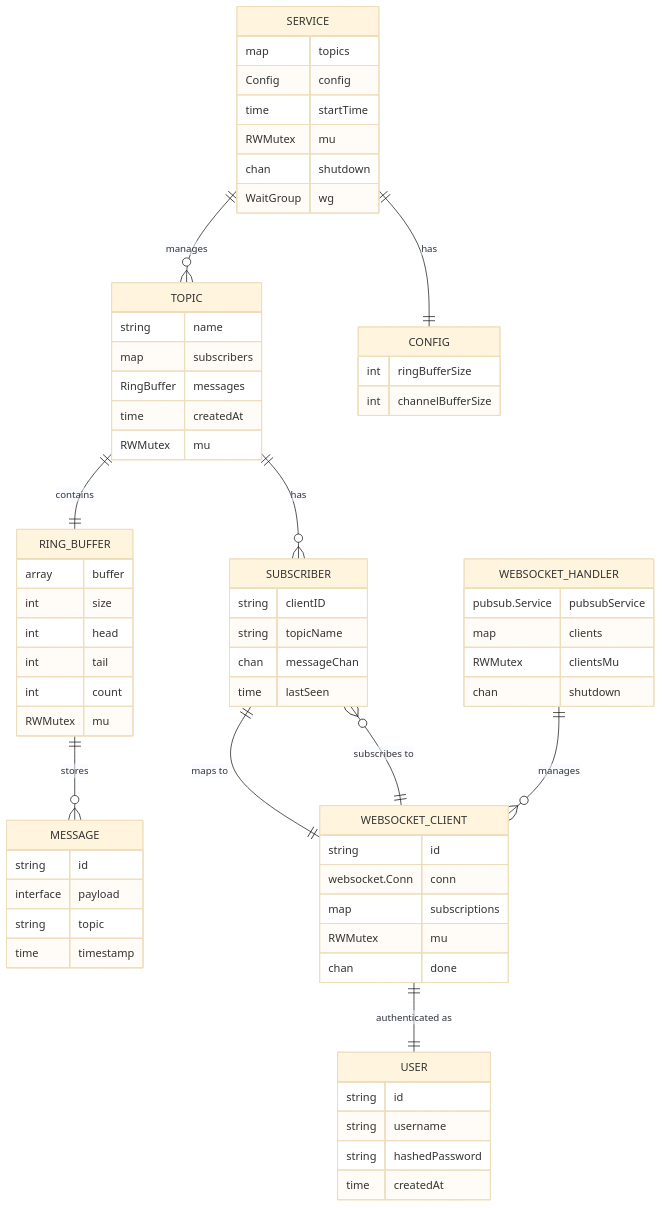
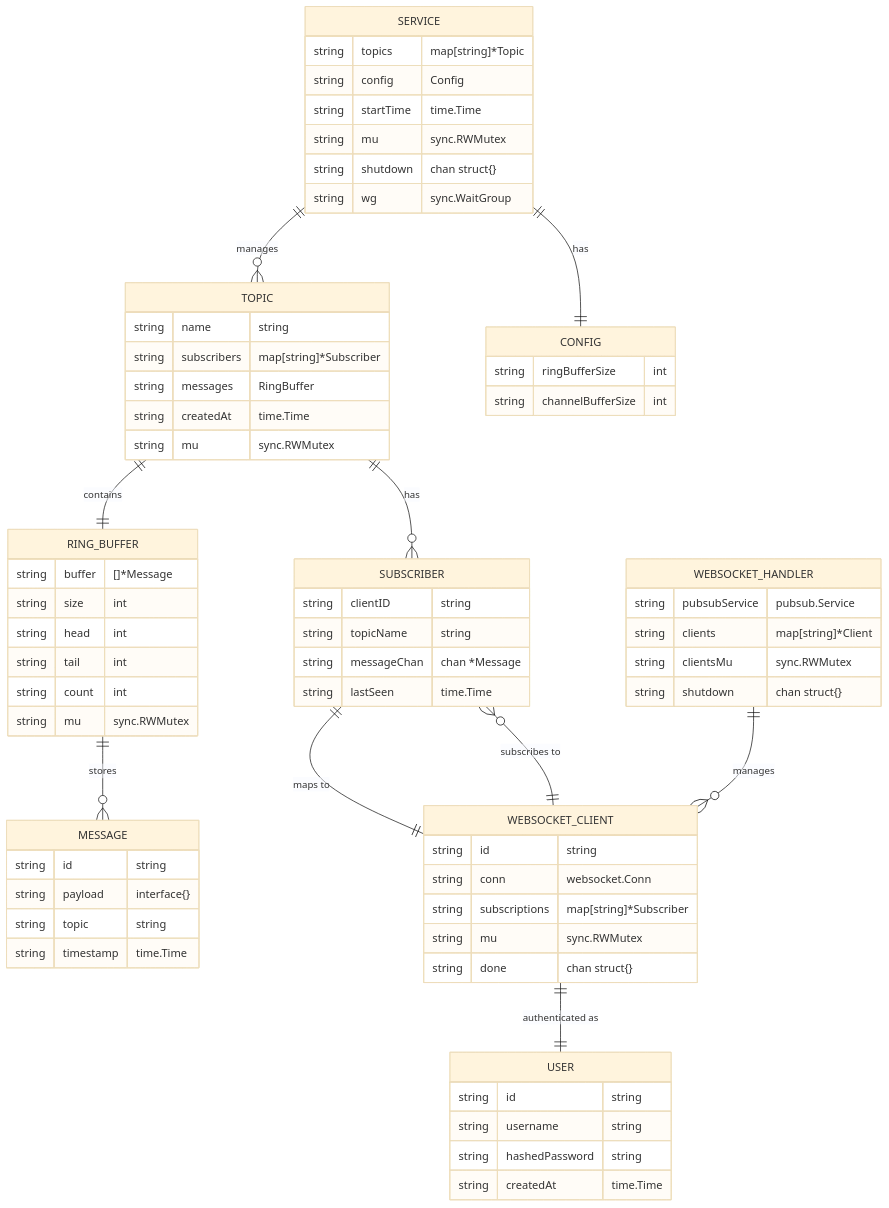
One commit to ammysap/plivo-assignment changed the first of 6 diagrams in PubSub-LLD-Diagram.md. Above: the diagram before and after it, drawn with Mermaid (base theme). The commit also changed other lines of this file, not shown here.

````diff
--- a/PubSub-LLD-Diagram.md
+++ b/PubSub-LLD-Diagram.md
@@ -5,80 +5,80 @@
 ```mermaid
 erDiagram
     SERVICE {
-        map topics
-        Config config
-        time startTime
-        RWMutex mu
-        chan shutdown
-        WaitGroup wg
+        string topics "map[string]*Topic"
+        string config "Config"
+        string startTime "time.Time"
+        string mu "sync.RWMutex"
+        string shutdown "chan struct{}"
+        string wg "sync.WaitGroup"
     }
     
     TOPIC {
-        string name
-        map subscribers
-        RingBuffer messages
-        time createdAt
-        RWMutex mu
+        string name "string"
+        string subscribers "map[string]*Subscriber"
+        string messages "RingBuffer"
+        string createdAt "time.Time"
+        string mu "sync.RWMutex"
     }
     
     RING_BUFFER {
-        array buffer
-        int size
-        int head
-        int tail
-        int count
-        RWMutex mu
+        string buffer "[]*Message"
+        string size "int"
+        string head "int"
+        string tail "int"
+        string count "int"
+        string mu "sync.RWMutex"
     }
     
     MESSAGE {
-        string id
-        interface payload
-        string topic
-        time timestamp
+        string id "string"
+        string payload "interface{}"
+        string topic "string"
+        string timestamp "time.Time"
     }
     
     SUBSCRIBER {
-        string clientID
-        string topicName
-        chan messageChan
-        time lastSeen
+        string clientID "string"
+        string topicName "string"
+        string messageChan "chan *Message"
+        string lastSeen "time.Time"
     }
     
     WEBSOCKET_CLIENT {
-        string id
-        websocket.Conn conn
-        map subscriptions
-        RWMutex mu
-        chan done
+        string id "string"
+        string conn "websocket.Conn"
+        string subscriptions "map[string]*Subscriber"
+        string mu "sync.RWMutex"
+        string done "chan struct{}"
     }
     
     WEBSOCKET_HANDLER {
-        pubsub.Service pubsubService
-        map clients
-        RWMutex clientsMu
-        chan shutdown
+        string pubsubService "pubsub.Service"
+        string clients "map[string]*Client"
+        string clientsMu "sync.RWMutex"
+        string shutdown "chan struct{}"
     }
     
     CONFIG {
-        int ringBufferSize
-        int channelBufferSize
+        string ringBufferSize "int"
+        string channelBufferSize "int"
     }
     
     USER {
-        string id
-        string username
-        string hashedPassword
-        time createdAt
+        string id "string"
+        string username "string"
+        string hashedPassword "string"
+        string createdAt "time.Time"
     }
     
     %% Relationships
     SERVICE ||--o{ TOPIC : "manages"
     SERVICE ||--|| CONFIG : "has"
     TOPIC ||--|| RING_BUFFER : "contains"
     TOPIC ||--o{ SUBSCRIBER : "has"
     RING_BUFFER ||--o{ MESSAGE : "stores"
     SUBSCRIBER ||--|| WEBSOCKET_CLIENT : "maps to"
     WEBSOCKET_CLIENT ||--o{ SUBSCRIBER : "subscribes to"
     WEBSOCKET_HANDLER ||--o{ WEBSOCKET_CLIENT : "manages"
     WEBSOCKET_CLIENT ||--|| USER : "authenticated as"
 ```
````
